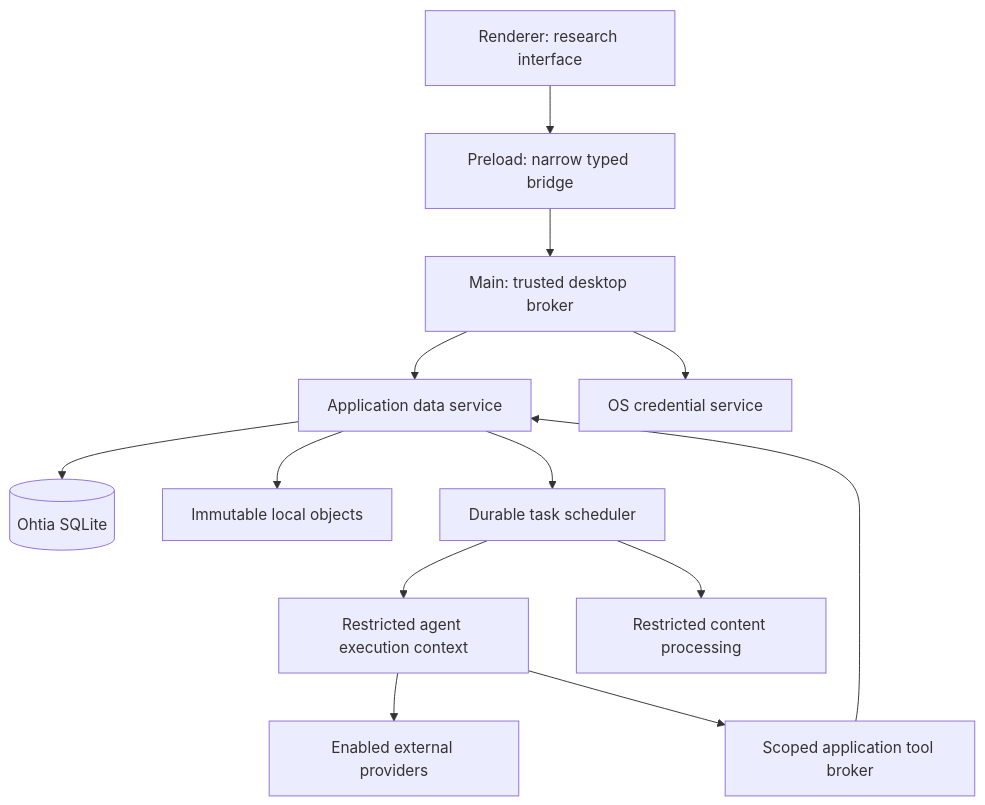
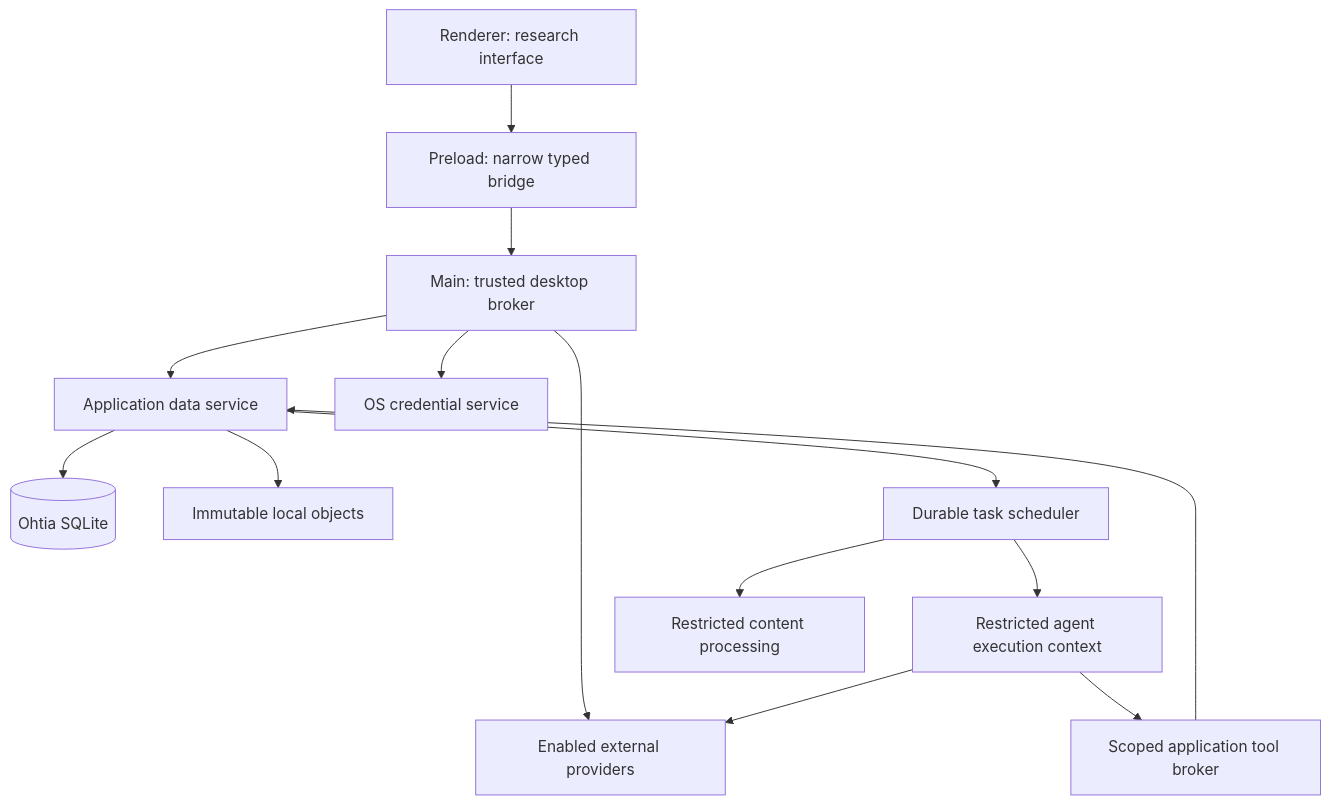
One commit to ohtia/ohtia changed the diagram in docs/architecture.md. Above: the diagram before and after it, drawn with Mermaid. The commit also changed other lines of this file and 53 other files, not shown here.

````diff
--- a/docs/architecture.md
+++ b/docs/architecture.md
@@ -54,15 +46,16 @@
 ```mermaid
 flowchart TB
     UI[Renderer: research interface] --> Bridge[Preload: narrow typed bridge]
     Bridge --> Main[Main: trusted desktop broker]
     Main --> Data[Application data service]
     Main --> Secrets[OS credential service]
+    Main --> Providers
     Data --> DB[(Ohtia SQLite)]
     Data --> Objects[Immutable local objects]
     Data --> Tasks[Durable task scheduler]
     Tasks --> Agent[Restricted agent execution context]
     Tasks --> Parse[Restricted content processing]
     Agent --> Providers[Enabled external providers]
     Agent --> Tools[Scoped application tool broker]
     Tools --> Data
 ```
````
